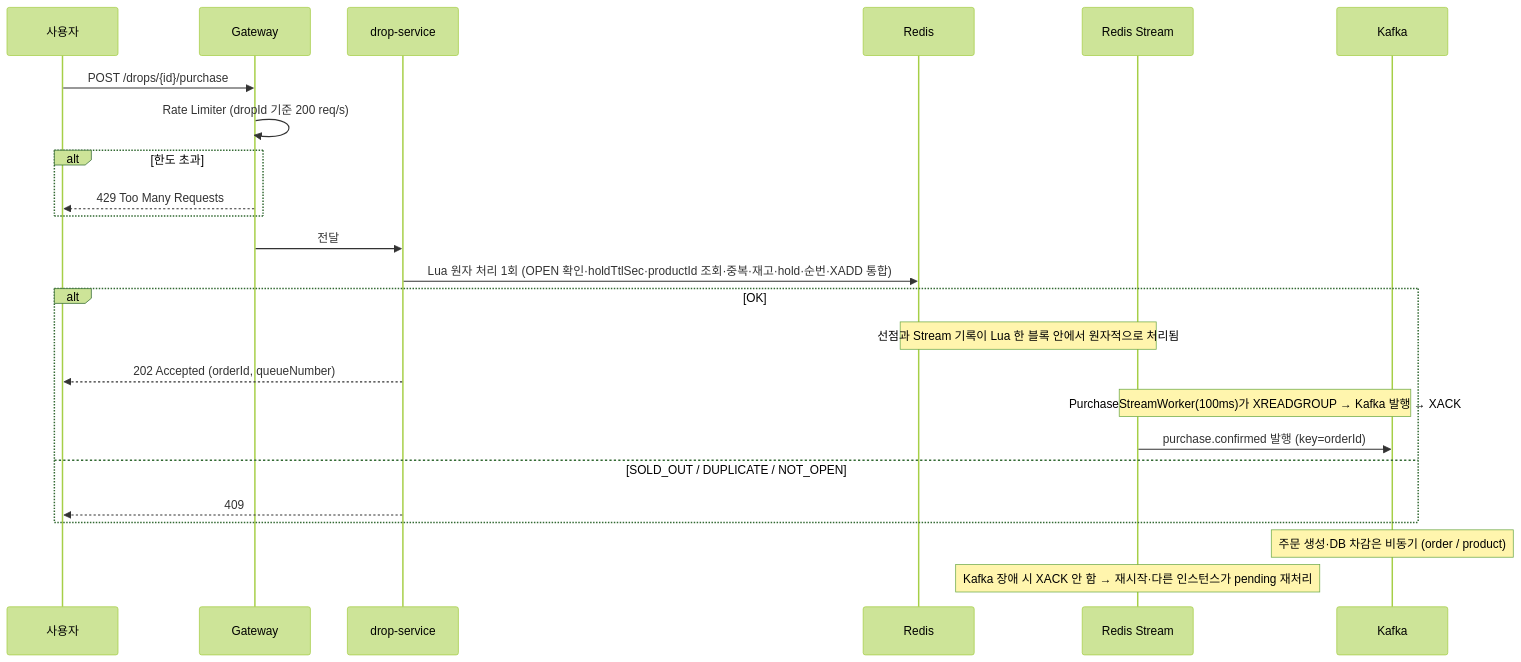
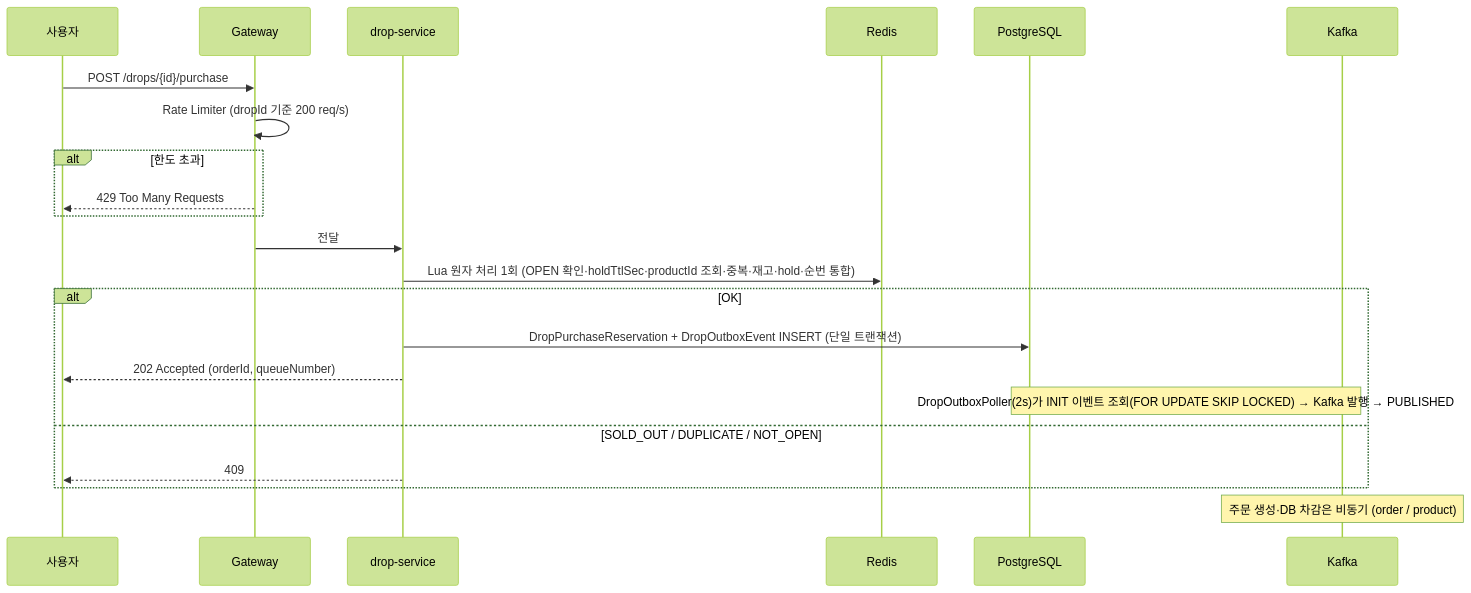
One commit to OMC-2/OMC changed the second of 2 diagrams in services/drop-service/README.md. Above: the diagram before and after it, drawn with Mermaid (forest theme). The commit also changed other lines of this file and 8 other files, not shown here.

````diff
--- a/services/drop-service/README.md
+++ b/services/drop-service/README.md
@@ -55,27 +55,25 @@
 ```mermaid
 sequenceDiagram
     participant U as 사용자
     participant G as Gateway
     participant D as drop-service
     participant R as Redis
-    participant S as Redis Stream
+    participant DB as PostgreSQL
     participant K as Kafka
 
     U->>G: POST /drops/{id}/purchase
     G->>G: Rate Limiter (dropId 기준 200 req/s)
     alt 한도 초과
         G-->>U: 429 Too Many Requests
     end
     G->>D: 전달
-    D->>R: Lua 원자 처리 1회 (OPEN 확인·holdTtlSec·productId 조회·중복·재고·hold·순번·XADD 통합)
+    D->>R: Lua 원자 처리 1회 (OPEN 확인·holdTtlSec·productId 조회·중복·재고·hold·순번 통합)
     alt OK
-        Note over R,S: 선점과 Stream 기록이 Lua 한 블록 안에서 원자적으로 처리됨
+        D->>DB: DropPurchaseReservation + DropOutboxEvent INSERT (단일 트랜잭션)
         D-->>U: 202 Accepted (orderId, queueNumber)
-        Note over S,K: PurchaseStreamWorker(100ms)가 XREADGROUP → Kafka 발행 → XACK
-        S->>K: purchase.confirmed 발행 (key=orderId)
+        Note over DB,K: DropOutboxPoller(2s)가 INIT 이벤트 조회(FOR UPDATE SKIP LOCKED) → Kafka 발행 → PUBLISHED
     else SOLD_OUT / DUPLICATE / NOT_OPEN
         D-->>U: 409
     end
     Note over K: 주문 생성·DB 차감은 비동기 (order / product)
-    Note over S: Kafka 장애 시 XACK 안 함 → 재시작·다른 인스턴스가 pending 재처리
 ```
````
